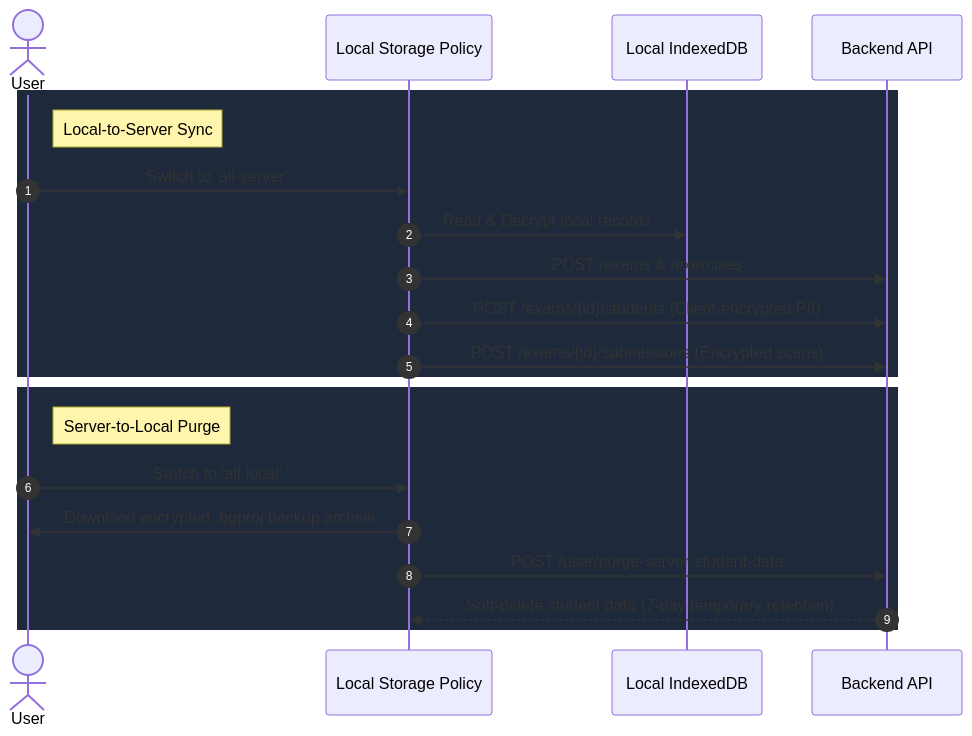
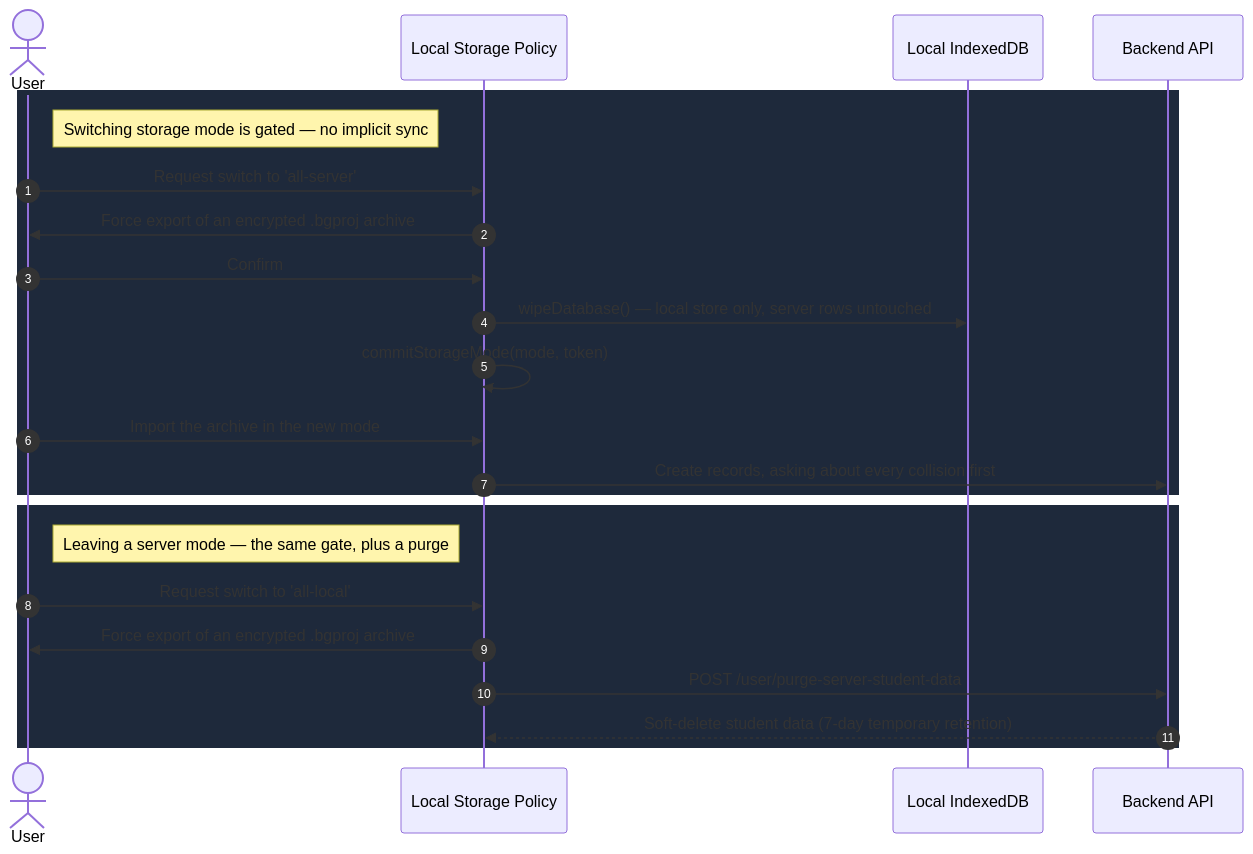
Before and after one commit to ValentinHerrmann/Examance: the third of 3 diagrams in docs/data_flow_and_security.md, drawn with Mermaid. The commit also changed other lines of this file and 9 other files, not shown here.

````diff
--- a/docs/data_flow_and_security.md
+++ b/docs/data_flow_and_security.md
@@ -258,25 +279,27 @@
 ```mermaid
 sequenceDiagram
     autonumber
     actor User
     participant Store as Local Storage Policy
     participant IDB as Local IndexedDB
     participant Server as Backend API
 
     rect rgb(30, 41, 59)
-    note right of User: Local-to-Server Sync
-    User->>Store: Switch to 'all-server'
-    Store->>IDB: Read & Decrypt local records
-    Store->>Server: POST /exams & /exercises
-    Store->>Server: POST /exams/{id}/students (Client-encrypted PII)
-    Store->>Server: POST /exams/{id}/submissions (Encrypted scans)
+    note right of User: Switching storage mode is gated — no implicit sync
+    User->>Store: Request switch to 'all-server'
+    Store->>User: Force export of an encrypted .bgproj archive
+    User->>Store: Confirm
+    Store->>IDB: wipeDatabase() — local store only, server rows untouched
+    Store->>Store: commitStorageMode(mode, token)
+    User->>Store: Import the archive in the new mode
+    Store->>Server: Create records, asking about every collision first
     end
 
     rect rgb(30, 41, 59)
-    note right of User: Server-to-Local Purge
-    User->>Store: Switch to 'all-local'
-    Store->>User: Download encrypted .bgproj backup archive
+    note right of User: Leaving a server mode — the same gate, plus a purge
+    User->>Store: Request switch to 'all-local'
+    Store->>User: Force export of an encrypted .bgproj archive
     Store->>Server: POST /user/purge-server-student-data
     Server-->>Store: Soft-delete student data (7-day temporary retention)
     end
 ```
````
